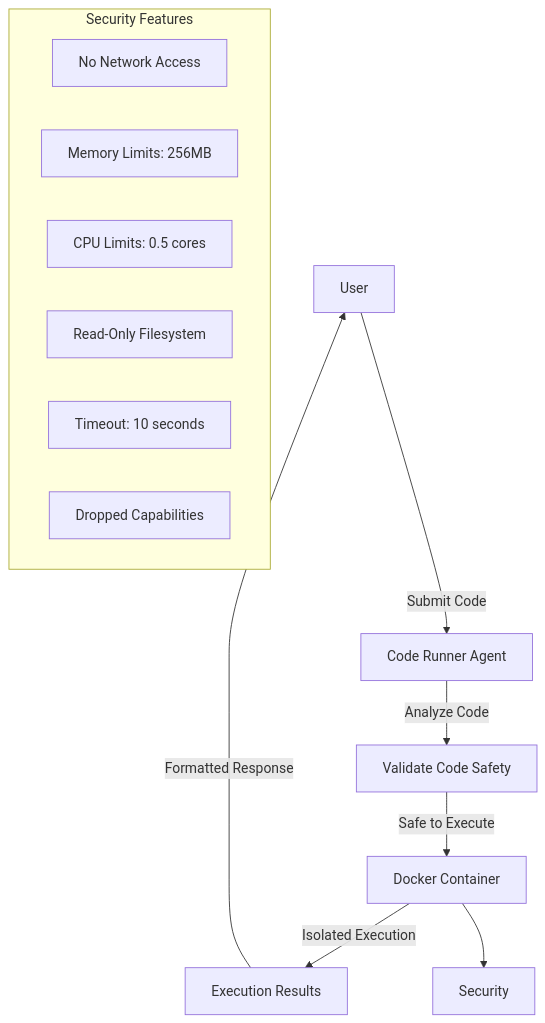
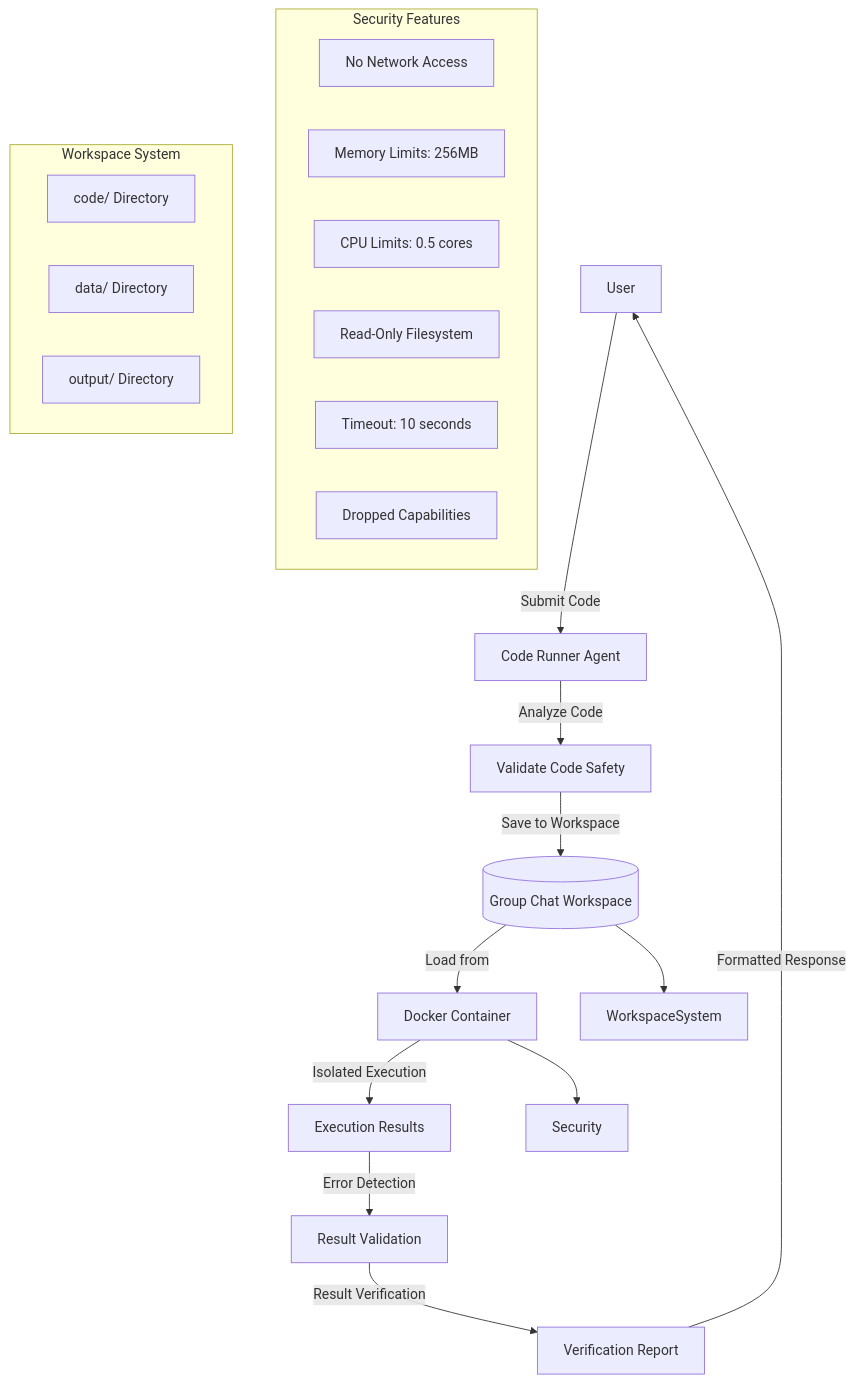
One commit to egkristi/llm-langgraph changed the fourth of 4 diagrams in README.md. Above: the diagram before and after it, drawn with Mermaid. The commit also changed other lines of this file, not shown here.

Commit message:
docs: add secure Docker execution, workspace system and enhanced error reporting features

````diff
--- a/README.md
+++ b/README.md
@@ -210,19 +215,29 @@
 ```mermaid
 flowchart TD
     User[User] -->|"Submit Code"| Agent[Code Runner Agent]
     Agent -->|"Analyze Code"| CheckCode[Validate Code Safety]
-    CheckCode -->|"Safe to Execute"| Docker[Docker Container]
+    CheckCode -->|"Save to Workspace"| Workspace[(Group Chat Workspace)]
+    Workspace -->|"Load from"| Docker[Docker Container]
     Docker -->|"Isolated Execution"| Results[Execution Results]
-    Results -->|"Formatted Response"| User
+    Results -->|"Error Detection"| Validation[Result Validation]
+    Validation -->|"Result Verification"| Report[Verification Report]
+    Report -->|"Formatted Response"| User
     
     subgraph "Security Features"
         NS[No Network Access]
         MEM[Memory Limits: 256MB]
         CPU[CPU Limits: 0.5 cores]
         RO[Read-Only Filesystem]
         TO[Timeout: 10 seconds]
         CAP[Dropped Capabilities]
     end
     
+    subgraph "Workspace System"
+        CodeDir[code/ Directory]
+        DataDir[data/ Directory]
+        OutputDir[output/ Directory]
+    end
+    
     Docker --> Security
+    Workspace --> WorkspaceSystem
 ```
````
